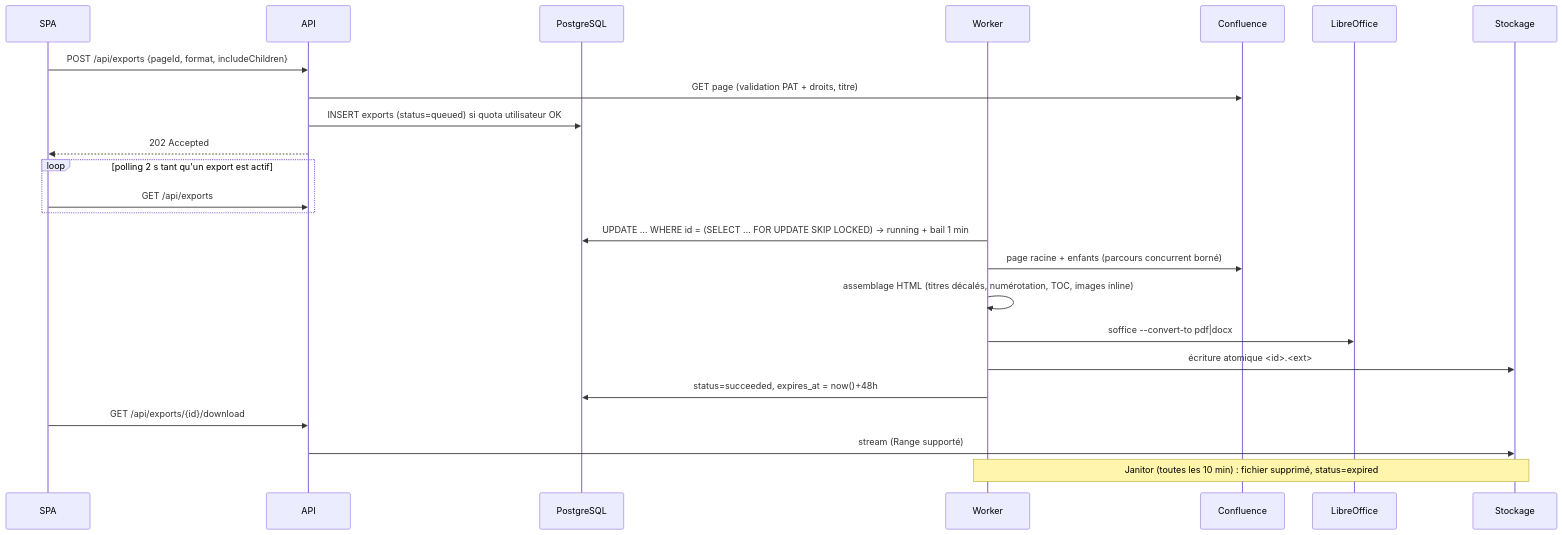
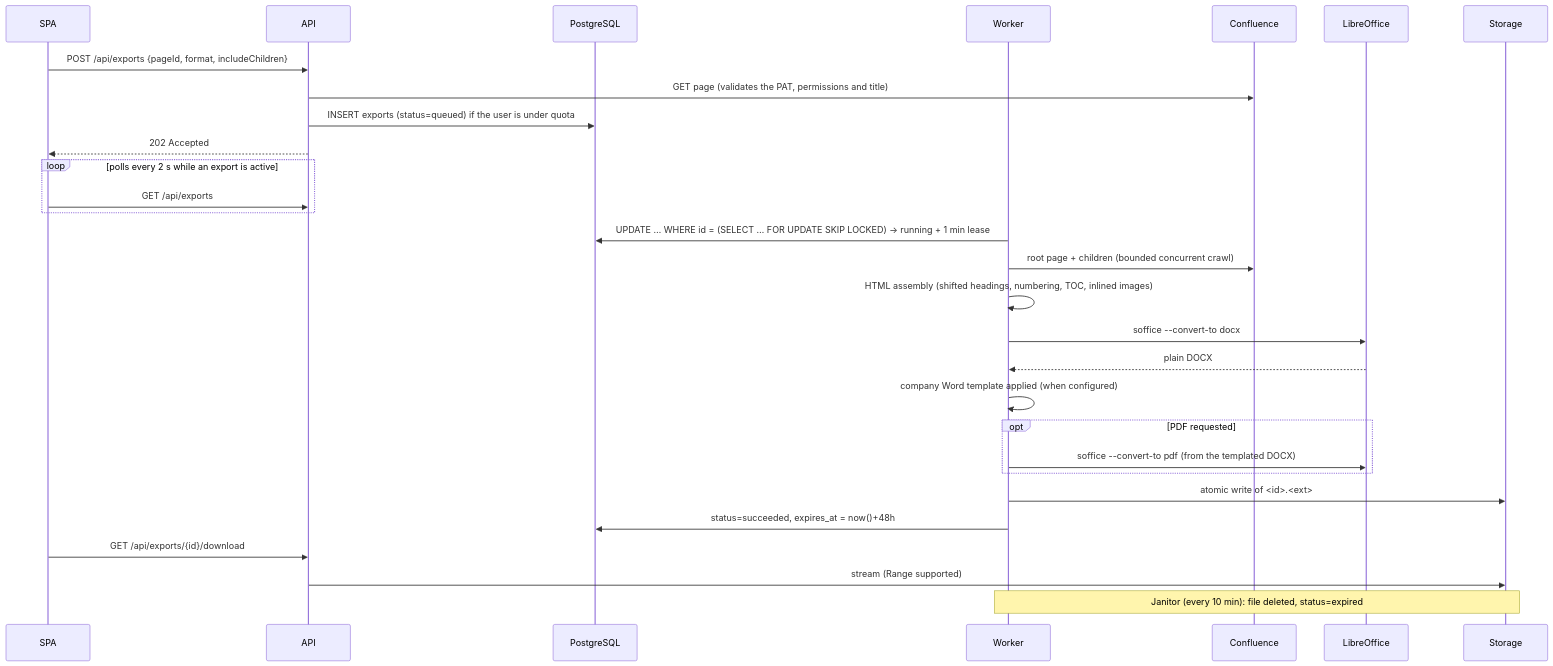
Before and after one commit to ffurlanetto/confluence-to-doc: the diagram in docs/architecture.md, drawn with Mermaid. The commit also changed other lines of this file and 39 other files, not shown here.

First line of the commit message:
feat(docx): company Word template, and English across the project

````diff
--- a/docs/architecture.md
+++ b/docs/architecture.md
@@ -17,27 +17,32 @@
 ```mermaid
 sequenceDiagram
   participant U as SPA
   participant A as API
   participant DB as PostgreSQL
   participant W as Worker
   participant C as Confluence
   participant L as LibreOffice
-  participant S as Stockage
+  participant S as Storage
 
   U->>A: POST /api/exports {pageId, format, includeChildren}
-  A->>C: GET page (validation PAT + droits, titre)
-  A->>DB: INSERT exports (status=queued) si quota utilisateur OK
+  A->>C: GET page (validates the PAT, permissions and title)
+  A->>DB: INSERT exports (status=queued) if the user is under quota
   A-->>U: 202 Accepted
-  loop polling 2 s tant qu'un export est actif
+  loop polls every 2 s while an export is active
     U->>A: GET /api/exports
   end
-  W->>DB: UPDATE … WHERE id = (SELECT … FOR UPDATE SKIP LOCKED) → running + bail 1 min
-  W->>C: page racine + enfants (parcours concurrent borné)
-  W->>W: assemblage HTML (titres décalés, numérotation, TOC, images inline)
-  W->>L: soffice --convert-to pdf|docx
-  W->>S: écriture atomique <id>.<ext>
+  W->>DB: UPDATE … WHERE id = (SELECT … FOR UPDATE SKIP LOCKED) → running + 1 min lease
+  W->>C: root page + children (bounded concurrent crawl)
+  W->>W: HTML assembly (shifted headings, numbering, TOC, inlined images)
+  W->>L: soffice --convert-to docx
+  L-->>W: plain DOCX
+  W->>W: company Word template applied (when configured)
+  opt PDF requested
+    W->>L: soffice --convert-to pdf (from the templated DOCX)
+  end
+  W->>S: atomic write of <id>.<ext>
   W->>DB: status=succeeded, expires_at = now()+48h
   U->>A: GET /api/exports/{id}/download
-  A->>S: stream (Range supporté)
-  Note over W,S: Janitor (toutes les 10 min) : fichier supprimé, status=expired
+  A->>S: stream (Range supported)
+  Note over W,S: Janitor (every 10 min): file deleted, status=expired
 ```
````
